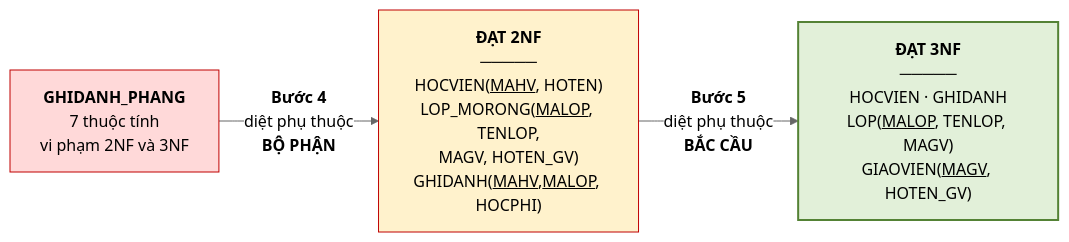
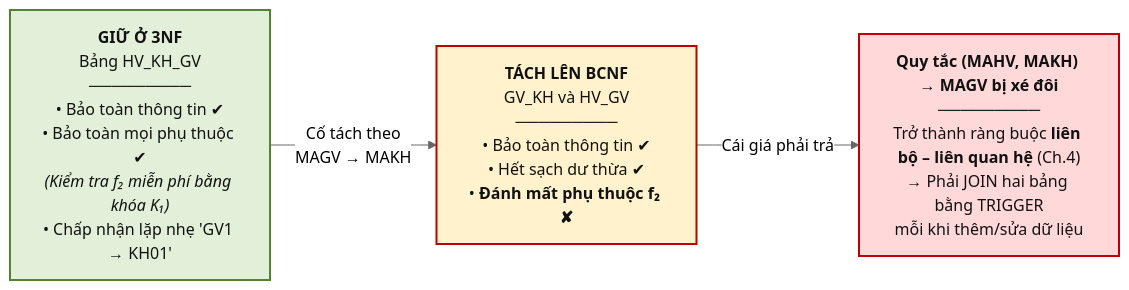
Diagram 12 of 15 in noi-dung/Bai-giang_Chuong-5_Ly-thuyet-thiet-ke-chuan-hoa.md (CuongNguyenDAU/csdl-dbs201), drawn with Mermaid (neutral theme) before and after one commit. The commit also changed other lines of this file and 123 other files, not shown here.

Commit message:
Cập nhật bài giảng v7: sơ đồ ER ký pháp Chen, hình minh họa tự vẽ, mở rộng toàn diện Chương 5 và bổ sung lời giải A4, B5

````diff
--- a/noi-dung/Bai-giang_Chuong-5_Ly-thuyet-thiet-ke-chuan-hoa.md
+++ b/noi-dung/Bai-giang_Chuong-5_Ly-thuyet-thiet-ke-chuan-hoa.md
@@ -1010,9 +1905,10 @@
 ```mermaid
 flowchart LR
-    P["<b>GHIDANH_PHANG</b><br/>7 thuộc tính<br/>vi phạm 2NF và 3NF"]
-    P -->|"<b>Bước 4</b><br/>diệt phụ thuộc<br/><b>BỘ PHẬN</b>"| B2["<b>ĐẠT 2NF</b><br/>─────<br/>HOCVIEN(<u>MAHV</u>, HOTEN)<br/>LOP_MORONG(<u>MALOP</u>, TENLOP,<br/>MAGV, HOTEN_GV)<br/>GHIDANH(<u>MAHV</u>,<u>MALOP</u>, HOCPHI)"]
-    B2 -->|"<b>Bước 5</b><br/>diệt phụ thuộc<br/><b>BẮC CẦU</b>"| B3["<b>ĐẠT 3NF</b><br/>─────<br/>HOCVIEN · GHIDANH<br/>LOP(<u>MALOP</u>, TENLOP, MAGV)<br/>GIAOVIEN(<u>MAGV</u>, HOTEN_GV)"]
-    style P fill:#FFD9D9,stroke:#C00000
-    style B2 fill:#FFF2CC,stroke:#C00000
-    style B3 fill:#E2F0D9,stroke:#548235,stroke-width:2px
+    N3["<b>GIỮ Ở 3NF</b><br/>Bảng HV_KH_GV<br/>─────────<br/>• Bảo toàn thông tin ✔<br/>• Bảo toàn mọi phụ thuộc ✔<br/><i>(Kiểm tra f₂ miễn phí bằng khóa K₁)</i><br/>• Chấp nhận lặp nhẹ 'GV1 → KH01'"]
+    BC["<b>TÁCH LÊN BCNF</b><br/>GV_KH và HV_GV<br/>─────────<br/>• Bảo toàn thông tin ✔<br/>• Hết sạch dư thừa ✔<br/>• <b>Đánh mất phụ thuộc f₂ ✘</b>"]
+    N3 -->|"Cố tách theo<br/>MAGV → MAKH"| BC
+    BC -->|"Cái giá phải trả"| C["<b>Quy tắc (MAHV, MAKH) → MAGV bị xé đôi</b><br/>─────────<br/>Trở thành ràng buộc <b>liên bộ – liên quan hệ</b> (Ch.4)<br/>→ Phải JOIN hai bảng bằng TRIGGER<br/>mỗi khi thêm/sửa dữ liệu"]
+    style N3 fill:#E2F0D9,color:#111111,stroke:#548235,stroke-width:2px
+    style BC fill:#FFF2CC,color:#111111,stroke:#C00000,stroke-width:2px
+    style C fill:#FFD9D9,color:#111111,stroke:#C00000,stroke-width:2px
 ```
````
